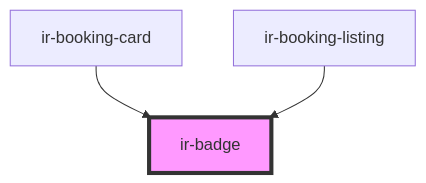
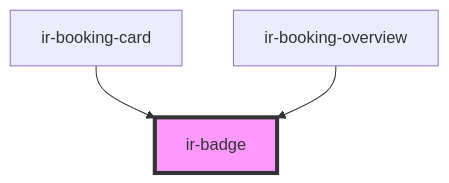
One commit to RonyRizk/ir-be changed the diagram in src/components/ui/ir-badge/readme.md. Above: the diagram before and after it, drawn with Mermaid. The commit also changed other lines of this file and 89 other files, not shown here.

````diff
--- a/src/components/ui/ir-badge/readme.md
+++ b/src/components/ui/ir-badge/readme.md
@@ -27,6 +27,6 @@
 ```mermaid
 graph TD;
   ir-booking-card --> ir-badge
-  ir-booking-listing --> ir-badge
+  ir-booking-overview --> ir-badge
   style ir-badge fill:#f9f,stroke:#333,stroke-width:4px
 ```
````
